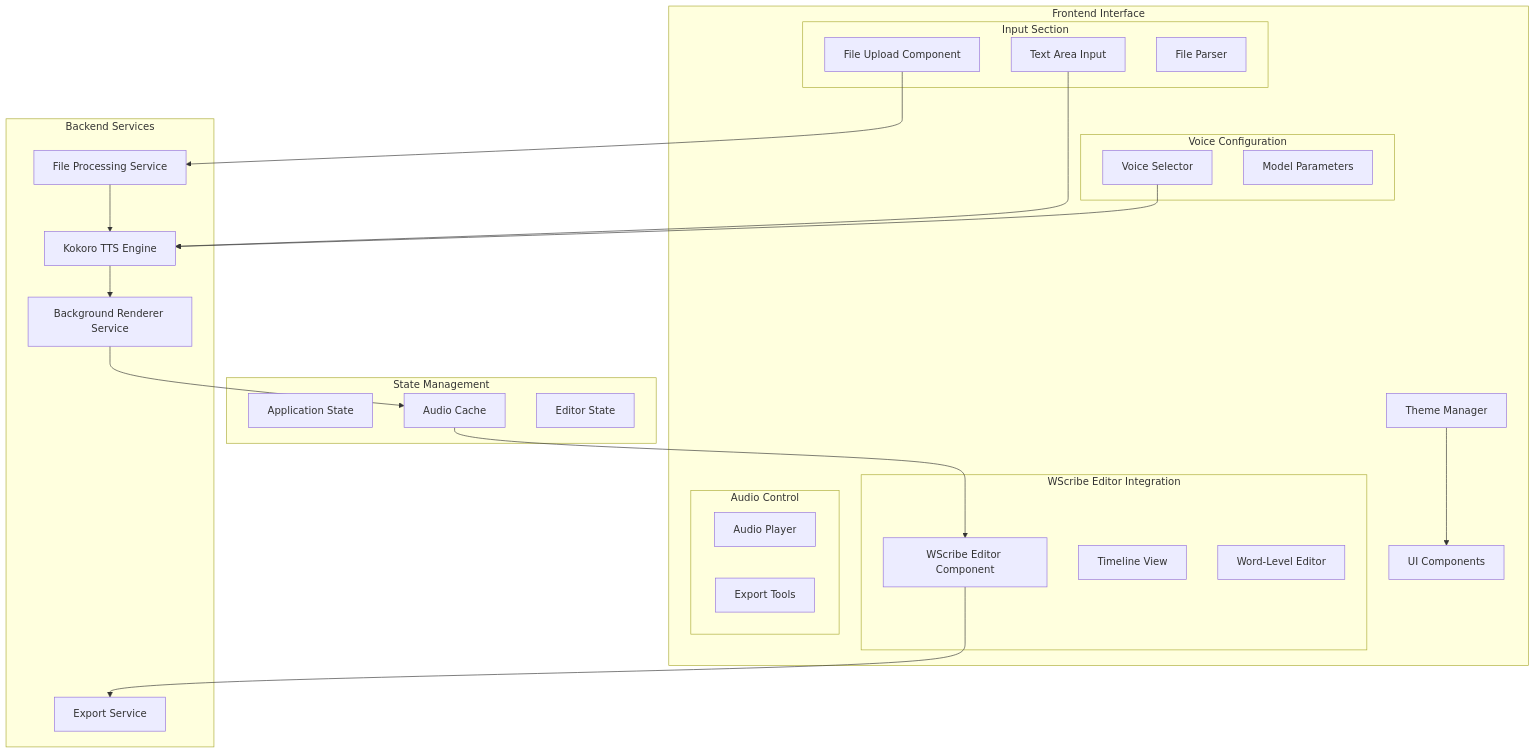
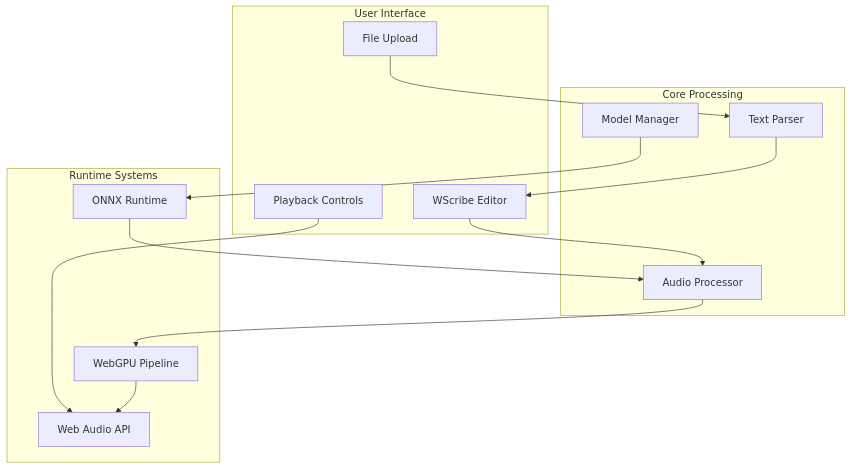
Before and after one commit to rebots-online/kokoro-webgpu: the first of 6 diagrams in docs/DIAGRAMS.md, drawn with Mermaid. The commit also changed other lines of this file and 3 other files, not shown here.

````diff
--- a/docs/DIAGRAMS.md
+++ b/docs/DIAGRAMS.md
@@ -5,48 +5,29 @@
 ```mermaid
 graph TB
-    subgraph Frontend["Frontend Interface"]
-        UI[UI Components]
-        ThemeManager[Theme Manager]
-        subgraph InputSection["Input Section"]
-            FileUpload[File Upload Component]
-            TextArea[Text Area Input]
-            FileParser[File Parser]
-        end
-        subgraph VoiceSection["Voice Configuration"]
-            VoiceSelector[Voice Selector]
-            ModelParams[Model Parameters]
-        end
-        subgraph Editor["WScribe Editor Integration"]
-            WScribeEditor[WScribe Editor Component]
-            Timeline[Timeline View]
-            WordEditor[Word-Level Editor]
-        end
-        subgraph AudioControl["Audio Control"]
-            Player[Audio Player]
-            ExportTools[Export Tools]
-        end
+    subgraph UI["User Interface"]
+        Upload["File Upload"]
+        WScribe["WScribe Editor"]
+        Controls["Playback Controls"]
     end
 
-    subgraph Backend["Backend Services"]
-        KokoroTTS[Kokoro TTS Engine]
-        BackgroundRenderer[Background Renderer Service]
-        FileProcessor[File Processing Service]
-        ExportService[Export Service]
+    subgraph Core["Core Processing"]
+        Parser["Text Parser"]
+        AudioProc["Audio Processor"]
+        ModelMgr["Model Manager"]
     end
 
-    subgraph Storage["State Management"]
-        AppState[Application State]
-        AudioCache[Audio Cache]
-        EditorState[Editor State]
+    subgraph Runtime["Runtime Systems"]
+        WebGPU["WebGPU Pipeline"]
+        ONNX["ONNX Runtime"]
+        WebAudio["Web Audio API"]
     end
 
-    FileUpload --> FileProcessor
-    TextArea --> KokoroTTS
-    FileProcessor --> KokoroTTS
-    KokoroTTS --> BackgroundRenderer
-    BackgroundRenderer --> AudioCache
-    AudioCache --> WScribeEditor
-    WScribeEditor --> ExportService
-    VoiceSelector --> KokoroTTS
-    ThemeManager --> UI
+    Upload --> Parser
+    Parser --> WScribe
+    WScribe --> AudioProc
+    Controls --> WebAudio
+    AudioProc --> WebGPU
+    ModelMgr --> ONNX
+    WebGPU --> WebAudio
+    ONNX --> AudioProc
 ```
````
